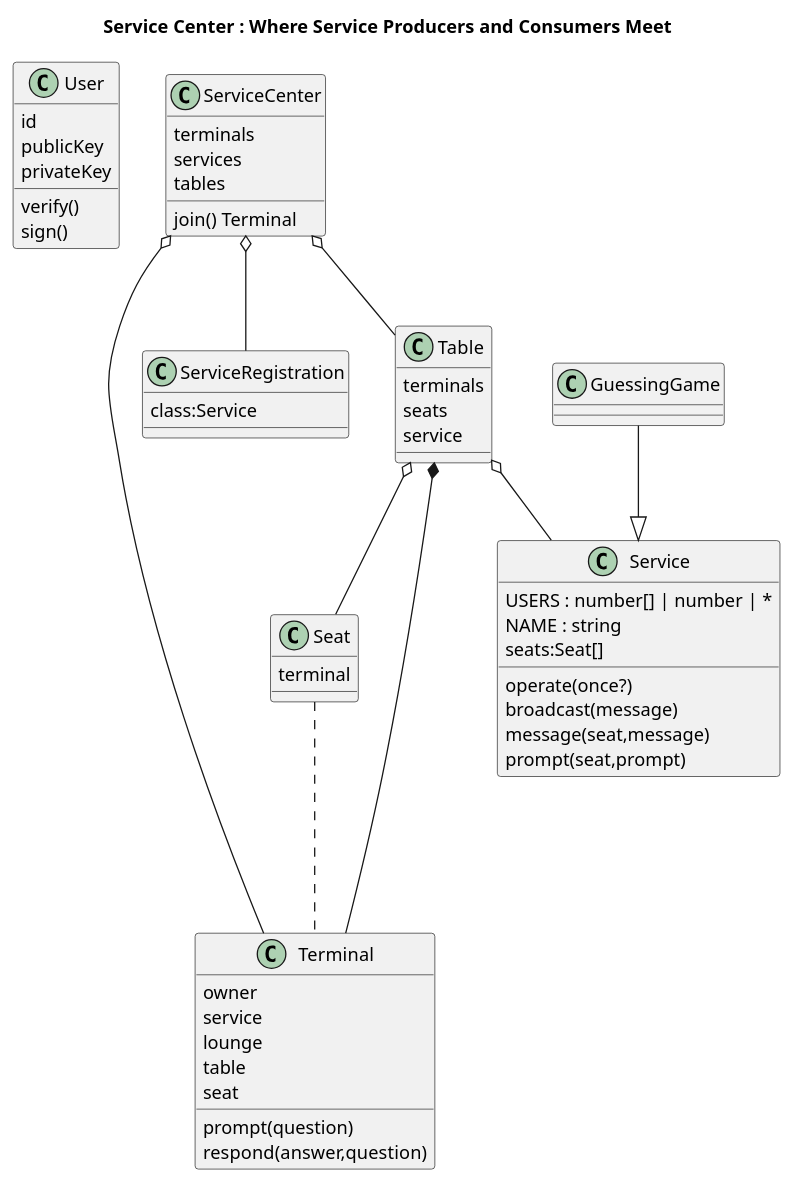
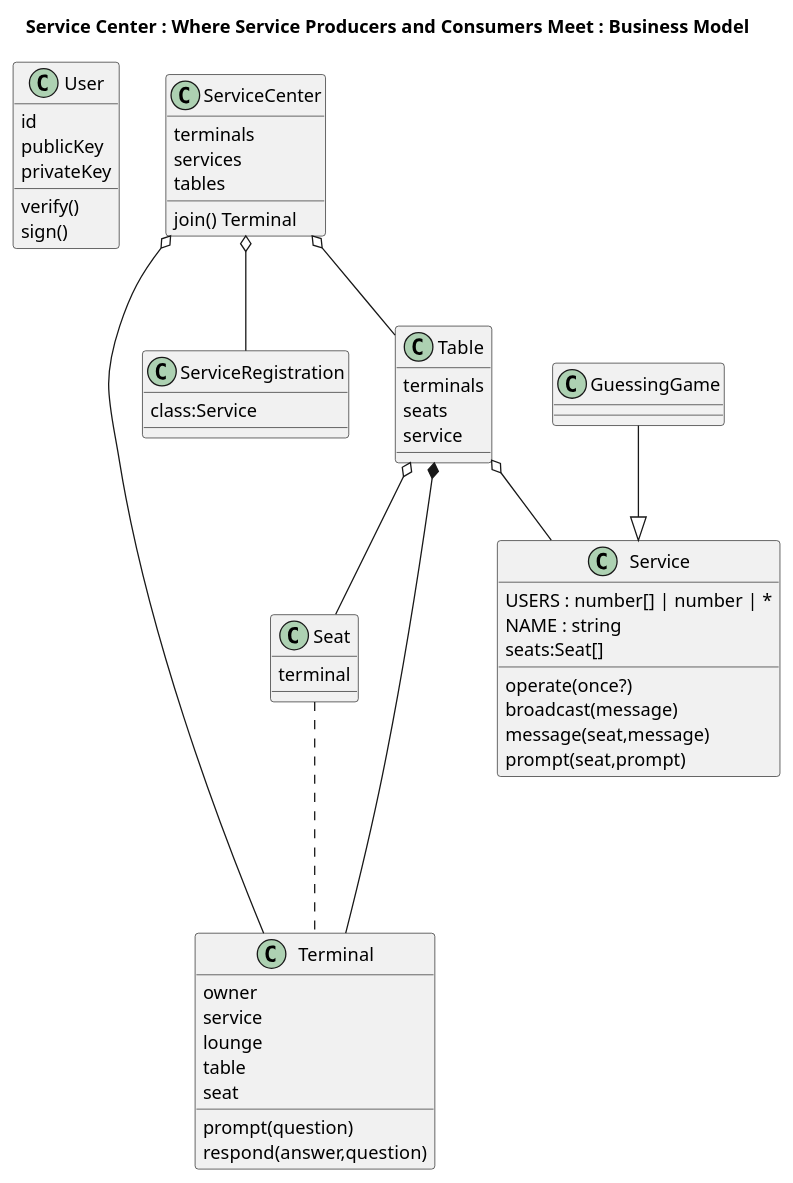
One commit to hawryschuk/terminals changed the second of 4 diagrams in README.md. Above: the diagram before and after it, drawn with PlantUML. The commit also changed other lines of this file and 10 other files, not shown here.

Commit message:
feat: Service Center as a Client & Server feat; github actions: test & deploy documentation to pages TODO: and deploy documentation

````diff
--- a/README.md
+++ b/README.md
@@ -68,67 +68,67 @@
 ```plantuml
 @startuml
-    title Service Center : Where Service Producers and Consumers Meet
+    title Service Center : Where Service Producers and Consumers Meet : Business Model
     class User {
         id
         publicKey
         privateKey
         verify()
         sign()
     }
 
     class ServiceCenter {
         terminals
         services
         tables
         join() Terminal
     }
 
     class Service {
         USERS : number[] | number | *
         NAME : string
         seats:Seat[]
 
         operate(once?)
         broadcast(message)
         message(seat,message)
         prompt(seat,prompt)
     }
 
     class Table {
         terminals
         seats
         service
     }
 
     class Seat {
         terminal        
     }
 
     class Terminal {
         owner
         service
         lounge
         table
         seat
         prompt(question)
         respond(answer,question)
     }
 
     class ServiceRegistration {
         class:Service
     }
     
     GuessingGame --|> Service
 
     ServiceCenter o-- Terminal
     ServiceCenter o-- Table
     ServiceCenter o-- ServiceRegistration
 
     Table *-- Terminal
     Table o-- Seat
     Table o-- Service
 
     Seat -.- Terminal
 @enduml
 
 ```
````
